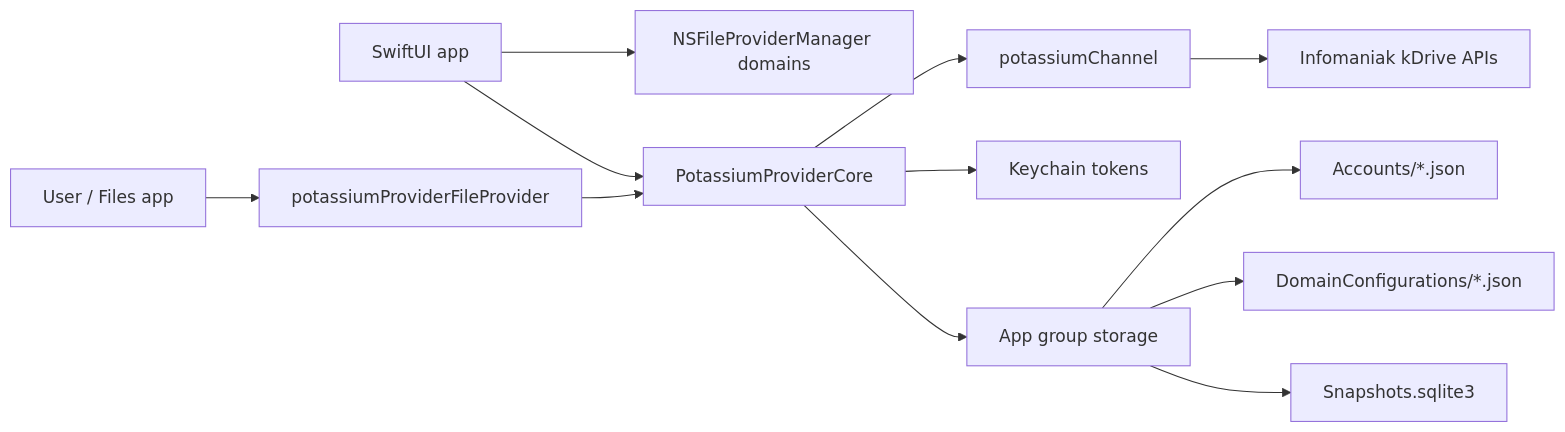
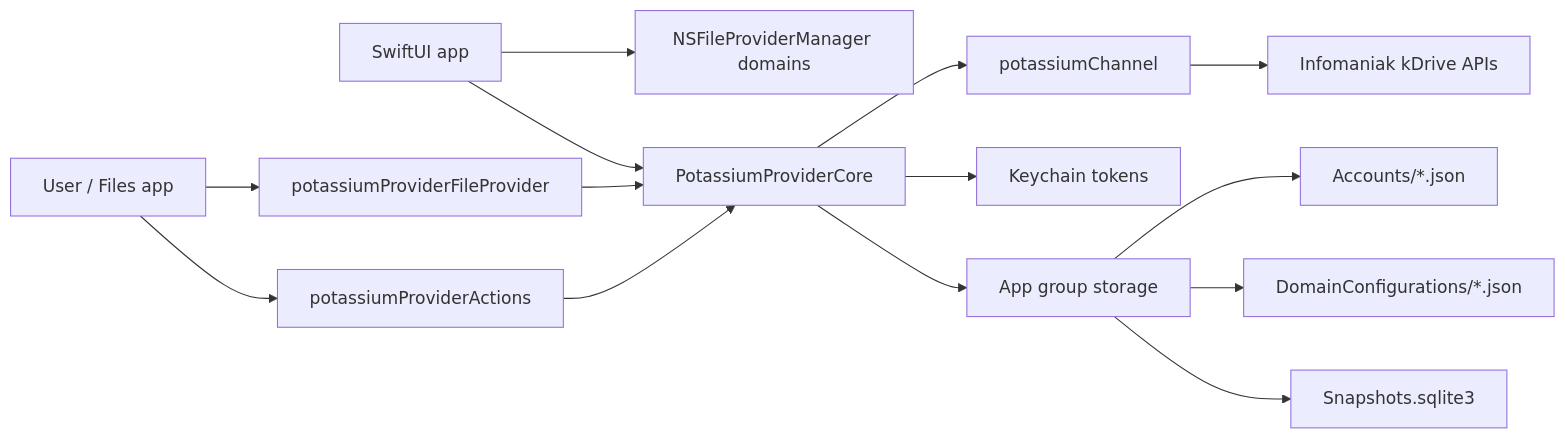
The diagram in doc/ARCHITECTURE.md (OpenCow42/potassiumProvider), drawn with Mermaid before and after one commit. The commit also changed other lines of this file and 37 other files, not shown here.

````diff
--- a/doc/ARCHITECTURE.md
+++ b/doc/ARCHITECTURE.md
@@ -7,14 +8,16 @@
 ```mermaid
 flowchart LR
     User["User / Files app"] --> FP["potassiumProviderFileProvider"]
+    User --> Actions["potassiumProviderActions"]
     App["SwiftUI app"] --> Domain["NSFileProviderManager domains"]
     App --> Core["PotassiumProviderCore"]
     FP --> Core
+    Actions --> Core
     Core --> KC["potassiumChannel"]
     KC --> KDrive["Infomaniak kDrive APIs"]
     Core --> Keychain["Keychain tokens"]
     Core --> AppGroup["App group storage"]
     AppGroup --> Accounts["Accounts/*.json"]
     AppGroup --> DomainJSON["DomainConfigurations/*.json"]
     AppGroup --> Snapshots["Snapshots.sqlite3"]
 ```
````
